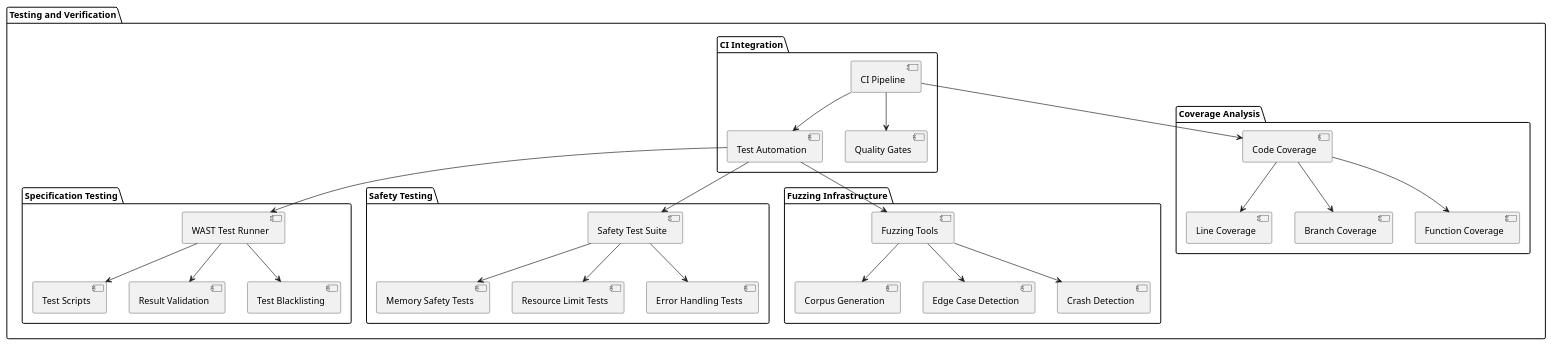
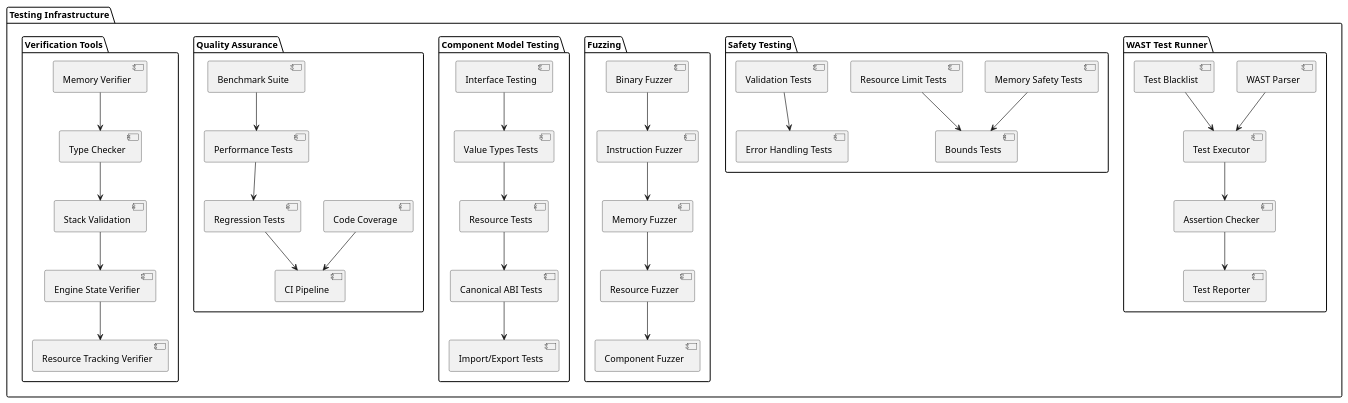
One commit to pulseengine/wrt changed the diagram in docs/source/_static/testing_verification.puml. Above: the diagram before and after it, drawn with PlantUML. The commit also changed 239 other files, not shown here.

Commit message:
feat(resource): implement WebAssembly Component Model resource management

```diff
--- a/docs/source/_static/testing_verification.puml
+++ b/docs/source/_static/testing_verification.puml
@@ -1,62 +1,82 @@
 @startuml
 
-package "Testing and Verification" {
-  package "Specification Testing" {
-    [WAST Test Runner] as WASTRunner
-    [Test Scripts] as TestScripts
-    [Result Validation] as ResultValid
-    [Test Blacklisting] as BlackList
+package "Testing Infrastructure" {
+  package "WAST Test Runner" {
+    [WAST Parser] as WASTParser
+    [Test Executor] as TestExec
+    [Assertion Checker] as Assert
+    [Test Reporter] as TestReport
+    [Test Blacklist] as Blacklist
     
-    WASTRunner --> TestScripts
-    WASTRunner --> ResultValid
-    WASTRunner --> BlackList
+    WASTParser --> TestExec
+    TestExec --> Assert
+    Assert --> TestReport
+    Blacklist --> TestExec
   }
   
   package "Safety Testing" {
-    [Safety Test Suite] as SafetySuite
     [Memory Safety Tests] as MemTest
     [Resource Limit Tests] as ResTest
-    [Error Handling Tests] as ErrTest
+    [Bounds Tests] as BoundsTest
+    [Validation Tests] as ValidTest
+    [Error Handling Tests] as ErrorTest
     
-    SafetySuite --> MemTest
-    SafetySuite --> ResTest
-    SafetySuite --> ErrTest
+    MemTest --> BoundsTest
+    ResTest --> BoundsTest
+    ValidTest --> ErrorTest
   }
   
-  package "Fuzzing Infrastructure" {
-    [Fuzzing Tools] as FuzzTools
-    [Corpus Generation] as Corpus
-    [Edge Case Detection] as EdgeCase
-    [Crash Detection] as Crash
+  package "Fuzzing" {
+    [Binary Fuzzer] as BinFuzz
+    [Instruction Fuzzer] as InstFuzz
+    [Memory Fuzzer] as MemFuzz
+    [Resource Fuzzer] as ResFuzz
+    [Component Fuzzer] as CompFuzz
     
-    FuzzTools --> Corpus
-    FuzzTools --> EdgeCase
-    FuzzTools --> Crash
+    BinFuzz --> InstFuzz
+    InstFuzz --> MemFuzz
+    MemFuzz --> ResFuzz
+    ResFuzz --> CompFuzz
   }
   
-  package "Coverage Analysis" {
-    [Code Coverage] as Coverage
-    [Line Coverage] as LineCoverage
-    [Branch Coverage] as BranchCoverage
-    [Function Coverage] as FuncCoverage
+  package "Component Model Testing" {
+    [Interface Testing] as InterfaceTest
+    [Value Types Tests] as ValueTest
+    [Resource Tests] as ResourceTest
+    [Canonical ABI Tests] as ABITest
+    [Import/Export Tests] as IETest
     
-    Coverage --> LineCoverage
-    Coverage --> BranchCoverage
-    Coverage --> FuncCoverage
+    InterfaceTest --> ValueTest
+    ValueTest --> ResourceTest
+    ResourceTest --> ABITest
+    ABITest --> IETest
   }
   
-  package "CI Integration" {
+  package "Quality Assurance" {
+    [Code Coverage] as Coverage
+    [Benchmark Suite] as Bench
     [CI Pipeline] as CI
-    [Test Automation] as TestAuto
-    [Quality Gates] as QualityGates
+    [Performance Tests] as PerfTest
+    [Regression Tests] as RegTest
     
-    CI --> TestAuto
-    CI --> Coverage
-    CI --> QualityGates
-    TestAuto --> WASTRunner
-    TestAuto --> SafetySuite
-    TestAuto --> FuzzTools
+    Coverage --> CI
+    Bench --> PerfTest
+    PerfTest --> RegTest
+    RegTest --> CI
+  }
+  
+  package "Verification Tools" {
+    [Memory Verifier] as MemVerify
+    [Type Checker] as TypeCheck
+    [Stack Validation] as StackValid
+    [Engine State Verifier] as EngineVerify
+    [Resource Tracking Verifier] as ResVerify
+    
+    MemVerify --> TypeCheck
+    TypeCheck --> StackValid
+    StackValid --> EngineVerify
+    EngineVerify --> ResVerify
   }
 }
 
 @enduml 
```
